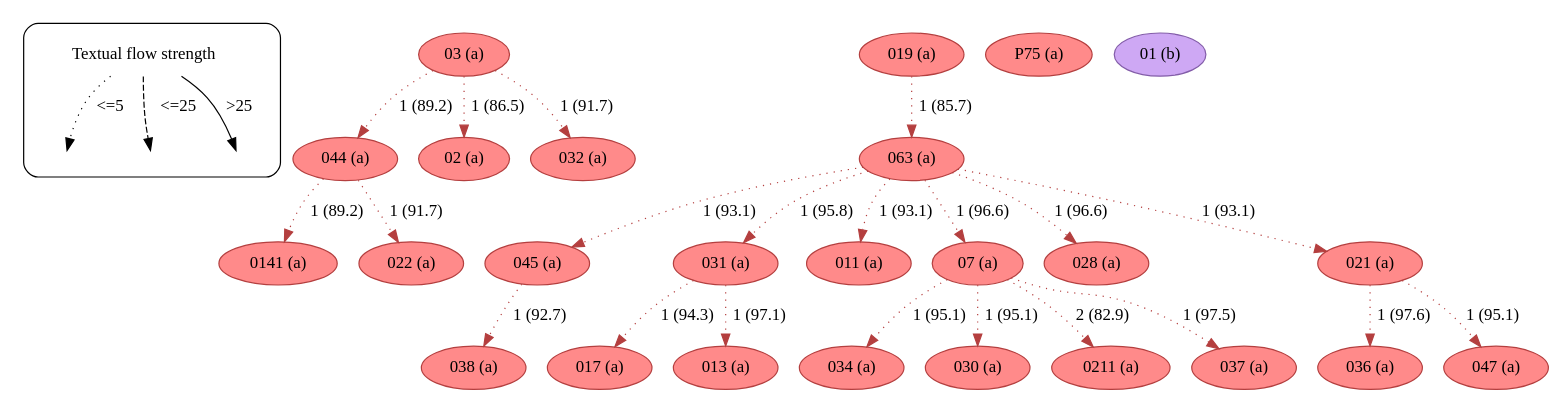
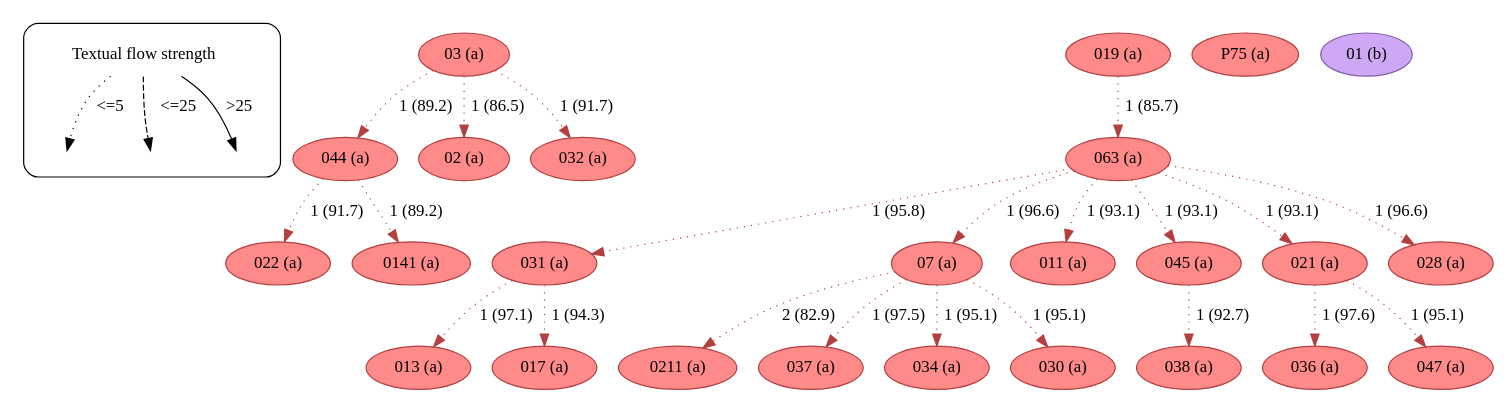
Before and after one commit to edmondac/CBGM: the diagram in example/c2/textual_flow_24_36_c2.dot, drawn with Graphviz. The commit also changed other lines of this file and 800 other files, not shown here.

```diff
--- a/example/c2/textual_flow_24_36_c2.dot
+++ b/example/c2/textual_flow_24_36_c2.dot
@@ -1,189 +1,189 @@
 strict digraph  {
 	node [label="\N"];
 	subgraph cluster_legend {
 		graph [style=rounded];
 		leg_s		 [label="Textual flow strength",
 			shape=plaintext];
 		leg_e1		 [fixedsize=True,
 			height=0.2,
 			label="",
 			style=invis];
 		leg_s -> leg_e1		 [label="<=5  ",
 			style=dotted];
 		leg_e2		 [fixedsize=True,
 			height=0.2,
 			label="",
 			style=invis];
 		leg_s -> leg_e2		 [label="  <=25",
 			style=dashed];
 		leg_e3		 [fixedsize=True,
 			height=0.2,
 			label="",
 			style=invis];
 		leg_s -> leg_e3		 [label=">25",
 			style=solid];
 	}
+	044	 [color="#b43f3f",
+		fillcolor="#FF8A8A",
+		label="044 (a)",
+		style=filled];
+	022	 [color="#b43f3f",
+		fillcolor="#FF8A8A",
+		label="022 (a)",
+		style=filled];
+	044 -> 022	 [color="#b43f3f",
+		label="1 (91.7)",
+		style=dotted];
+	0141	 [color="#b43f3f",
+		fillcolor="#FF8A8A",
+		label="0141 (a)",
+		style=filled];
+	044 -> 0141	 [color="#b43f3f",
+		label="1 (89.2)",
+		style=dotted];
+	031	 [color="#b43f3f",
+		fillcolor="#FF8A8A",
+		label="031 (a)",
+		style=filled];
+	013	 [color="#b43f3f",
+		fillcolor="#FF8A8A",
+		label="013 (a)",
+		style=filled];
+	031 -> 013	 [color="#b43f3f",
+		label="1 (97.1)",
+		style=dotted];
+	017	 [color="#b43f3f",
+		fillcolor="#FF8A8A",
+		label="017 (a)",
+		style=filled];
+	031 -> 017	 [color="#b43f3f",
+		label="1 (94.3)",
+		style=dotted];
 	03	 [color="#b43f3f",
 		fillcolor="#FF8A8A",
 		label="03 (a)",
-		style=filled];
-	044	 [color="#b43f3f",
-		fillcolor="#FF8A8A",
-		label="044 (a)",
 		style=filled];
 	03 -> 044	 [color="#b43f3f",
 		label="1 (89.2)",
 		style=dotted];
 	02	 [color="#b43f3f",
 		fillcolor="#FF8A8A",
 		label="02 (a)",
 		style=filled];
 	03 -> 02	 [color="#b43f3f",
 		label="1 (86.5)",
 		style=dotted];
 	032	 [color="#b43f3f",
 		fillcolor="#FF8A8A",
 		label="032 (a)",
 		style=filled];
 	03 -> 032	 [color="#b43f3f",
 		label="1 (91.7)",
 		style=dotted];
-	0141	 [color="#b43f3f",
-		fillcolor="#FF8A8A",
-		label="0141 (a)",
-		style=filled];
-	044 -> 0141	 [color="#b43f3f",
-		label="1 (89.2)",
-		style=dotted];
-	022	 [color="#b43f3f",
-		fillcolor="#FF8A8A",
-		label="022 (a)",
-		style=filled];
-	044 -> 022	 [color="#b43f3f",
-		label="1 (91.7)",
-		style=dotted];
 	063	 [color="#b43f3f",
 		fillcolor="#FF8A8A",
 		label="063 (a)",
 		style=filled];
-	045	 [color="#b43f3f",
-		fillcolor="#FF8A8A",
-		label="045 (a)",
-		style=filled];
-	063 -> 045	 [color="#b43f3f",
-		label="1 (93.1)",
-		style=dotted];
-	031	 [color="#b43f3f",
-		fillcolor="#FF8A8A",
-		label="031 (a)",
-		style=filled];
 	063 -> 031	 [color="#b43f3f",
 		label="1 (95.8)",
+		style=dotted];
+	07	 [color="#b43f3f",
+		fillcolor="#FF8A8A",
+		label="07 (a)",
+		style=filled];
+	063 -> 07	 [color="#b43f3f",
+		label="1 (96.6)",
 		style=dotted];
 	011	 [color="#b43f3f",
 		fillcolor="#FF8A8A",
 		label="011 (a)",
 		style=filled];
 	063 -> 011	 [color="#b43f3f",
 		label="1 (93.1)",
 		style=dotted];
-	07	 [color="#b43f3f",
+	045	 [color="#b43f3f",
 		fillcolor="#FF8A8A",
-		label="07 (a)",
+		label="045 (a)",
 		style=filled];
-	063 -> 07	 [color="#b43f3f",
-		label="1 (96.6)",
+	063 -> 045	 [color="#b43f3f",
+		label="1 (93.1)",
+		style=dotted];
+	021	 [color="#b43f3f",
+		fillcolor="#FF8A8A",
+		label="021 (a)",
+		style=filled];
+	063 -> 021	 [color="#b43f3f",
+		label="1 (93.1)",
 		style=dotted];
 	028	 [color="#b43f3f",
 		fillcolor="#FF8A8A",
 		label="028 (a)",
 		style=filled];
 	063 -> 028	 [color="#b43f3f",
 		label="1 (96.6)",
 		style=dotted];
-	021	 [color="#b43f3f",
+	019	 [color="#b43f3f",
 		fillcolor="#FF8A8A",
-		label="021 (a)",
+		label="019 (a)",
 		style=filled];
-	063 -> 021	 [color="#b43f3f",
-		label="1 (93.1)",
+	019 -> 063	 [color="#b43f3f",
+		label="1 (85.7)",
 		style=dotted];
-	038	 [color="#b43f3f",
+	0211	 [color="#b43f3f",
 		fillcolor="#FF8A8A",
-		label="038 (a)",
+		label="0211 (a)",
 		style=filled];
-	045 -> 038	 [color="#b43f3f",
-		label="1 (92.7)",
+	07 -> 0211	 [color="#b43f3f",
+		label="2 (82.9)",
 		style=dotted];
-	017	 [color="#b43f3f",
+	037	 [color="#b43f3f",
 		fillcolor="#FF8A8A",
-		label="017 (a)",
+		label="037 (a)",
 		style=filled];
-	031 -> 017	 [color="#b43f3f",
-		label="1 (94.3)",
-		style=dotted];
-	013	 [color="#b43f3f",
-		fillcolor="#FF8A8A",
-		label="013 (a)",
-		style=filled];
-	031 -> 013	 [color="#b43f3f",
-		label="1 (97.1)",
+	07 -> 037	 [color="#b43f3f",
+		label="1 (97.5)",
 		style=dotted];
 	034	 [color="#b43f3f",
 		fillcolor="#FF8A8A",
 		label="034 (a)",
 		style=filled];
 	07 -> 034	 [color="#b43f3f",
 		label="1 (95.1)",
 		style=dotted];
 	030	 [color="#b43f3f",
 		fillcolor="#FF8A8A",
 		label="030 (a)",
 		style=filled];
 	07 -> 030	 [color="#b43f3f",
 		label="1 (95.1)",
 		style=dotted];
-	0211	 [color="#b43f3f",
+	038	 [color="#b43f3f",
 		fillcolor="#FF8A8A",
-		label="0211 (a)",
+		label="038 (a)",
 		style=filled];
-	07 -> 0211	 [color="#b43f3f",
-		label="2 (82.9)",
-		style=dotted];
-	037	 [color="#b43f3f",
-		fillcolor="#FF8A8A",
-		label="037 (a)",
-		style=filled];
-	07 -> 037	 [color="#b43f3f",
-		label="1 (97.5)",
+	045 -> 038	 [color="#b43f3f",
+		label="1 (92.7)",
 		style=dotted];
 	036	 [color="#b43f3f",
 		fillcolor="#FF8A8A",
 		label="036 (a)",
 		style=filled];
 	021 -> 036	 [color="#b43f3f",
 		label="1 (97.6)",
 		style=dotted];
 	047	 [color="#b43f3f",
 		fillcolor="#FF8A8A",
 		label="047 (a)",
 		style=filled];
 	021 -> 047	 [color="#b43f3f",
 		label="1 (95.1)",
 		style=dotted];
-	019	 [color="#b43f3f",
-		fillcolor="#FF8A8A",
-		label="019 (a)",
-		style=filled];
-	019 -> 063	 [color="#b43f3f",
-		label="1 (85.7)",
-		style=dotted];
 	P75	 [color="#b43f3f",
 		fillcolor="#FF8A8A",
 		label="P75 (a)",
 		style=filled];
 	01	 [color="#835da9",
 		fillcolor="#CEA8F4",
 		label="01 (b)",
 		style=filled];
 }
```
